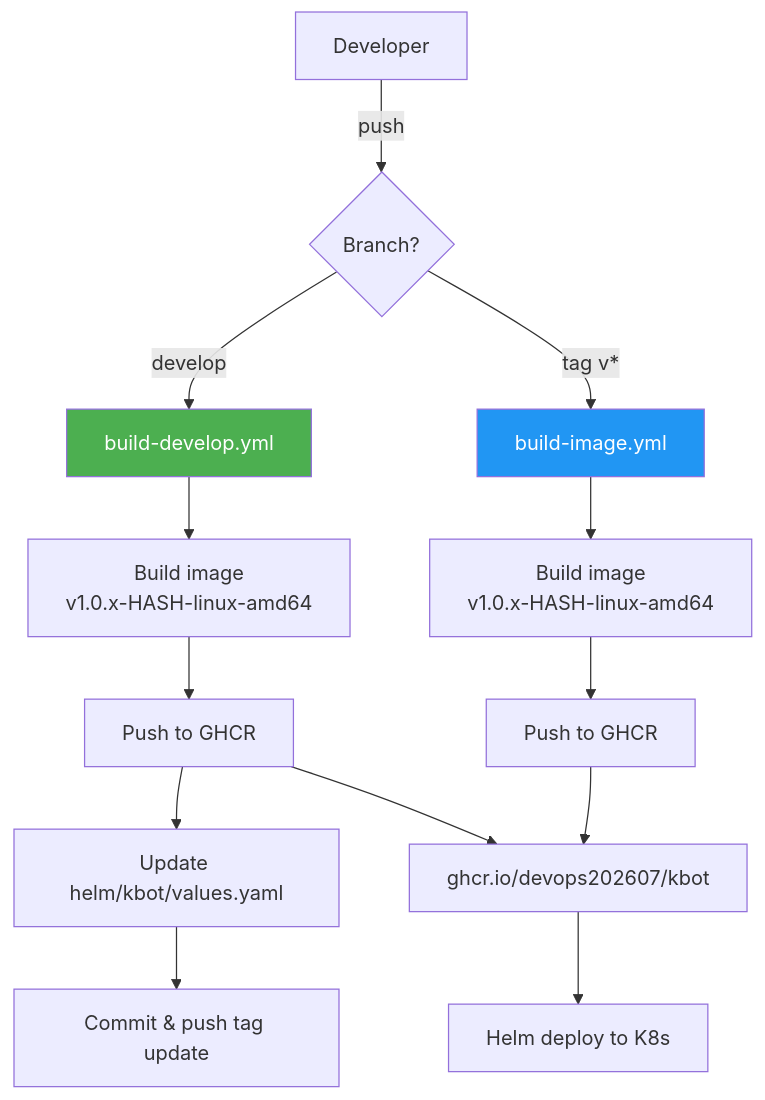
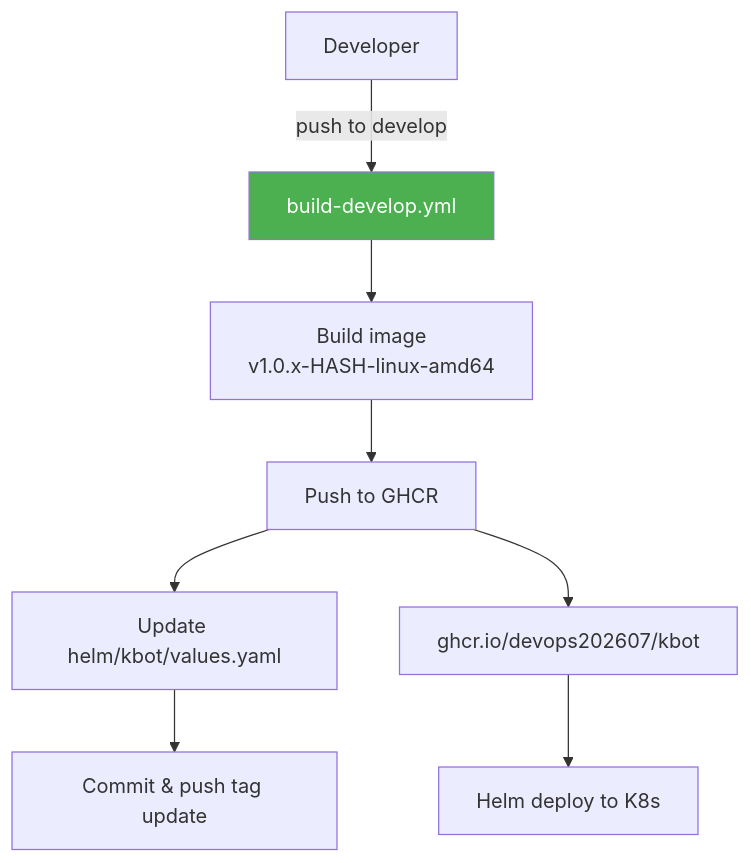
Before and after one commit to devops202607/kbot: the diagram in README.md, drawn with Mermaid. The commit also changed 1 other file, not shown here.

Commit message:
chore: remove redundant build-image.yml, simplify workflow

````diff
--- a/README.md
+++ b/README.md
@@ -13,23 +13,14 @@
 ```mermaid
 flowchart TD
-    A[Developer] -->|push| B{Branch?}
+    A[Developer] -->|push to develop| B[build-develop.yml]
 
-    B -->|develop| C[build-develop.yml]
-    B -->|tag v*| D[build-image.yml]
+    B --> C[Build image<br/>v1.0.x-HASH-linux-amd64]
+    C --> D[Push to GHCR]
+    D --> E[Update helm/kbot/values.yaml]
+    E --> F[Commit & push tag update]
 
-    C --> C1[Build image<br/>v1.0.x-HASH-linux-amd64]
-    C1 --> C2[Push to GHCR]
-    C2 --> C3[Update helm/kbot/values.yaml]
-    C3 --> C4[Commit & push tag update]
+    D --> G[ghcr.io/devops202607/kbot]
+    G --> H[Helm deploy to K8s]
 
-    D --> D1[Build image<br/>v1.0.x-HASH-linux-amd64]
-    D1 --> D2[Push to GHCR]
-
-    C2 --> E[ghcr.io/devops202607/kbot]
-    D2 --> E
-
-    E --> F[Helm deploy to K8s]
-
-    style C fill:#4caf50,color:#fff
-    style D fill:#2196f3,color:#fff
+    style B fill:#4caf50,color:#fff
 ```
````
